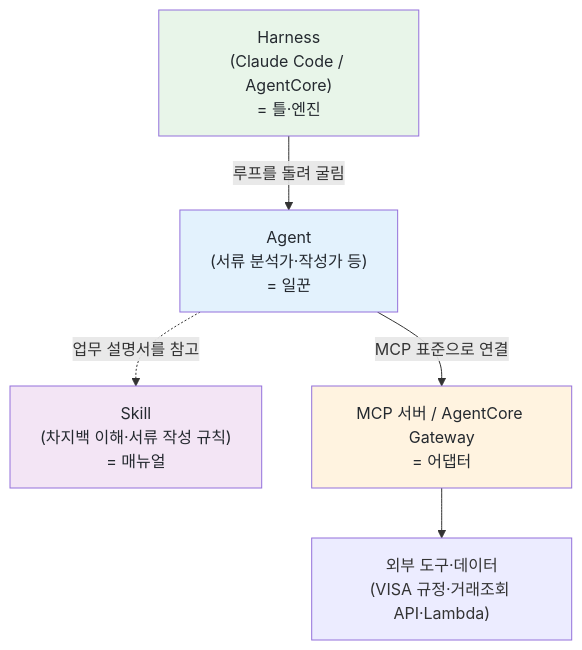
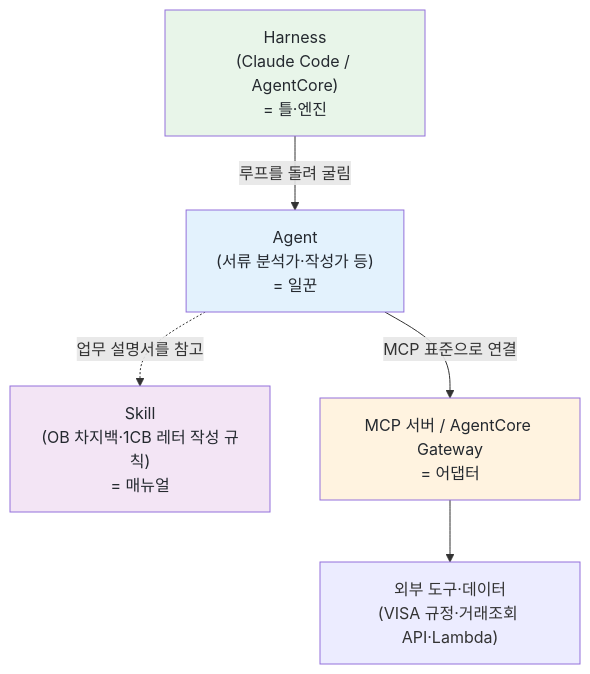
One commit to Atom-oh/claude-code-workshop changed the second of 2 diagrams in workshop/labs/02-concepts.md. Above: the diagram before and after it, drawn with Mermaid. The commit also changed other lines of this file and 19 other files, not shown here.

````diff
--- a/workshop/labs/02-concepts.md
+++ b/workshop/labs/02-concepts.md
@@ -119,12 +121,12 @@
 ```mermaid
 graph TD
     H["Harness<br/>(Claude Code / AgentCore)<br/>= 틀·엔진"]
     H -->|루프를 돌려 굴림| AG["Agent<br/>(서류 분석가·작성가 등)<br/>= 일꾼"]
-    AG -.->|업무 설명서를 참고| SK["Skill<br/>(차지백 이해·서류 작성 규칙)<br/>= 매뉴얼"]
+    AG -.->|업무 설명서를 참고| SK["Skill<br/>(OB 차지백·1CB 레터 작성 규칙)<br/>= 매뉴얼"]
     AG -->|MCP 표준으로 연결| MCP["MCP 서버 / AgentCore Gateway<br/>= 어댑터"]
     MCP --> TOOL["외부 도구·데이터<br/>(VISA 규정·거래조회 API·Lambda)"]
     style H fill:#e8f5e9,color:#24292f
     style AG fill:#e3f2fd,color:#24292f
     style SK fill:#f3e5f5,color:#24292f
     style MCP fill:#fff3e0,color:#24292f
 ```
````
